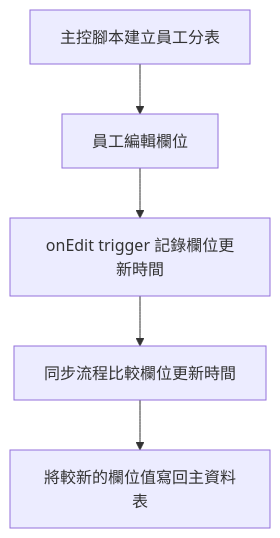
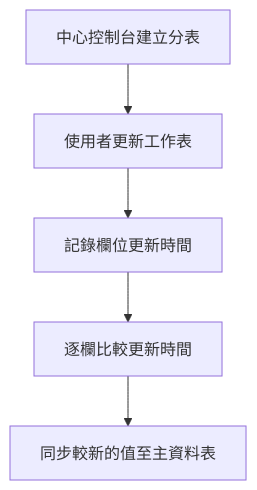
The diagram in README.md (highhao/google-sheets-sync), drawn with Mermaid before and after one commit. The commit also changed other lines of this file, not shown here.

````diff
--- a/README.md
+++ b/README.md
@@ -7,7 +5,7 @@
 ```mermaid
 flowchart TB
-    A[主控腳本建立員工分表] --> B[員工編輯欄位]
-    B --> C[onEdit trigger 記錄欄位更新時間]
-    C --> D[同步流程比較欄位更新時間]
-    D --> E[將較新的欄位值寫回主資料表]
+    A[中心控制台建立分表] --> B[使用者更新工作表]
+    B --> C[記錄欄位更新時間]
+    C --> D[逐欄比較更新時間]
+    D --> E[同步較新的值至主資料表]
 ```
````
